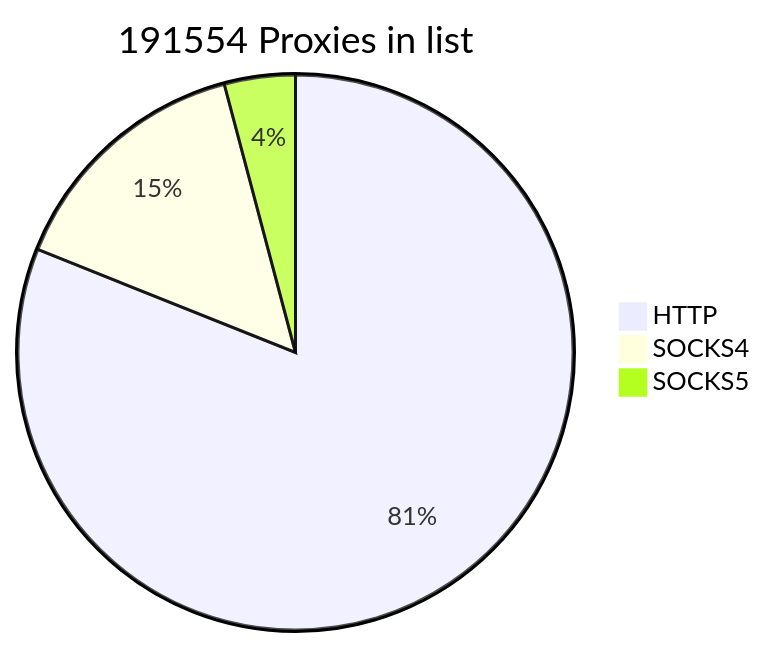
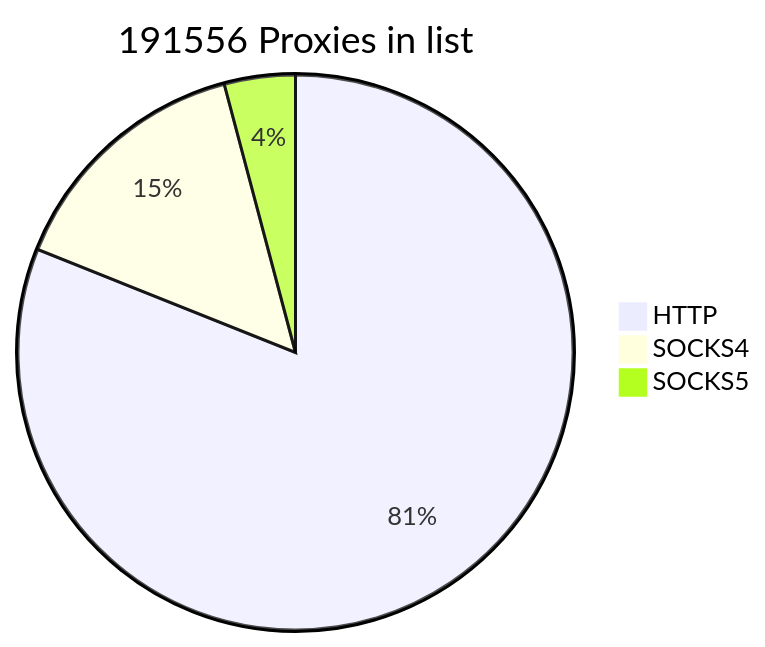
Before and after one commit to cutipu/proxylist: the first of 2 diagrams in README.md, drawn with Mermaid. The commit also changed other lines of this file, not shown here.

````diff
--- a/README.md
+++ b/README.md
@@ -2,7 +2,7 @@
 ```mermaid
-pie title 191554 Proxies in list
+pie title 191556 Proxies in list
     "HTTP" : 155262
-    "SOCKS4" : 28384
-    "SOCKS5" : 7908
+    "SOCKS4" : 28383
+    "SOCKS5" : 7911
             
 ```
````
